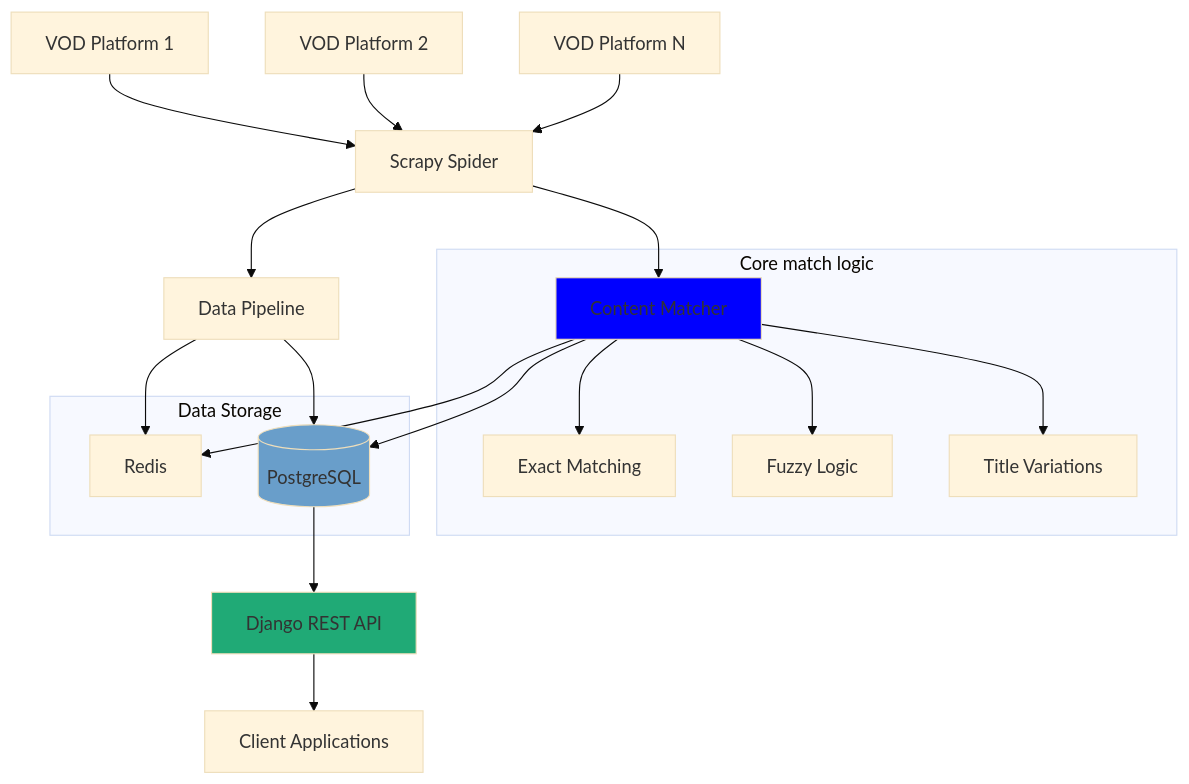
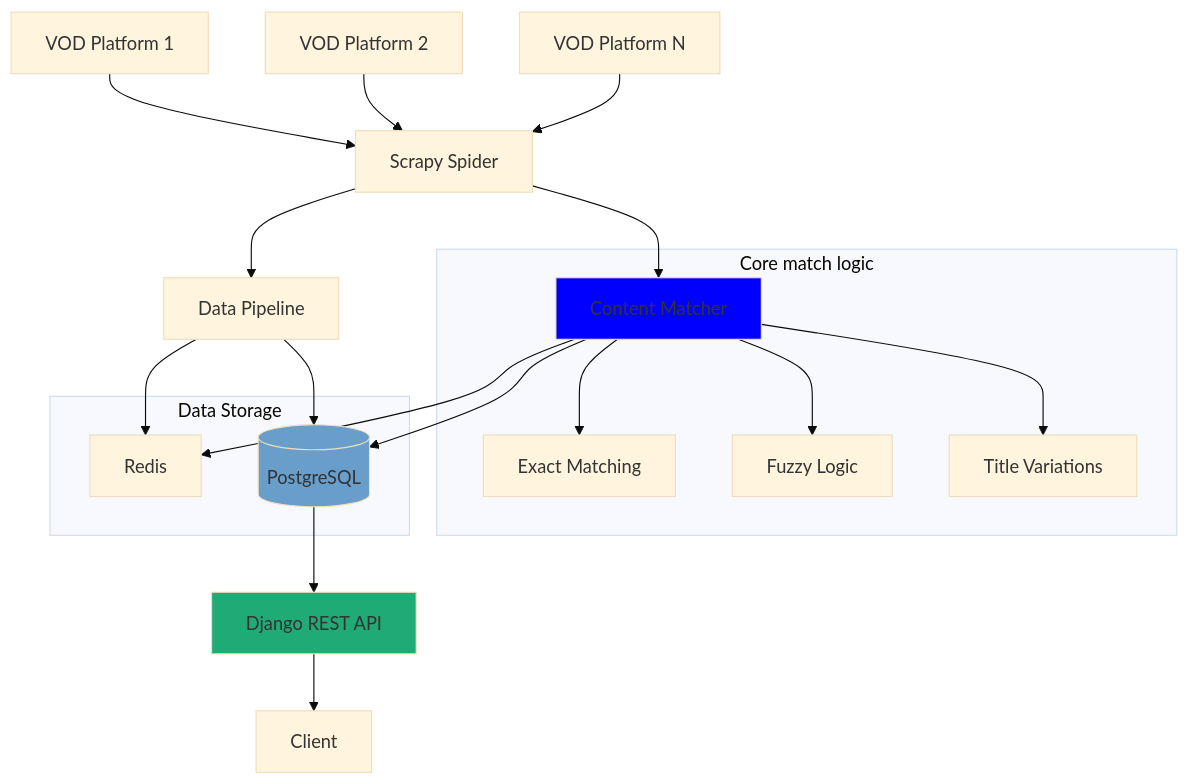
The diagram in README.md (mo1ein/vod_scraper), drawn with Mermaid (base theme) before and after one commit.

````diff
--- a/README.md
+++ b/README.md
@@ -8,32 +8,32 @@
 ```mermaid
 graph TB
     A[VOD Platform 1] --> B[Scrapy Spider]
     X[VOD Platform 2] --> B
     Y[VOD Platform N] --> B
     
     B --> F[Content Matcher]
     F --> G[Redis]
     F --> PostgreSQL[(PostgreSQL)]
     B --> C[Data Pipeline]
     C[Data Pipeline] --> PostgreSQL[(PostgreSQL)]
     C[Data Pipeline] --> G[Redis]
 
 
     PostgreSQL[(PostgreSQL)] --> I[Django REST API]
-    I --> J[Client Applications]
+    I --> J[Client]
     
     subgraph "Core match logic"
         F --> K[Exact Matching]
         F --> L[Fuzzy Logic]
         F --> N[Title Variations]
     end
     
     subgraph "Data Storage"
         G
         PostgreSQL[(PostgreSQL)]
     end
     
     style F fill:blue
     style I fill:#20aa76
     style PostgreSQL fill:#699eca
 ```
````
